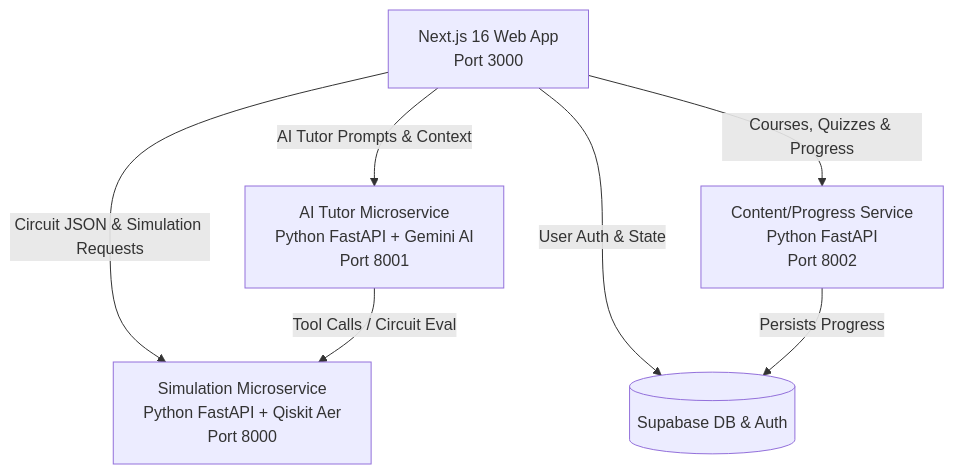
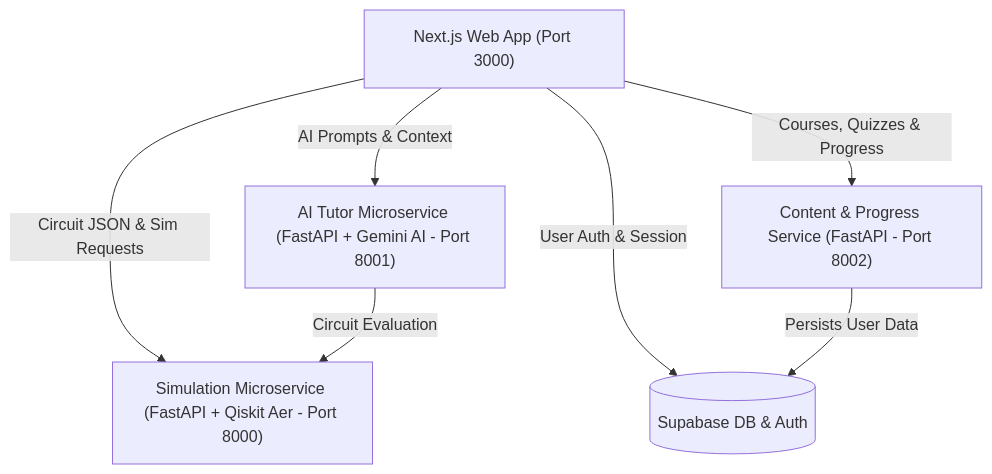
One commit to Rahul-i7/quantum-learning-platform changed the diagram in README.md. Above: the diagram before and after it, drawn with Mermaid. The commit also changed other lines of this file and 2 other files, not shown here.

````diff
--- a/README.md
+++ b/README.md
@@ -85,10 +85,10 @@
 ```mermaid
 graph TD
-    Client[Next.js 16 Web App<br/>Port 3000] -->|Circuit JSON & Simulation Requests| SimService[Simulation Microservice<br/>Python FastAPI + Qiskit Aer<br/>Port 8000]
-    Client -->|AI Tutor Prompts & Context| AITutor[AI Tutor Microservice<br/>Python FastAPI + Gemini AI<br/>Port 8001]
-    Client -->|Courses, Quizzes & Progress| ContentService[Content/Progress Service<br/>Python FastAPI<br/>Port 8002]
-    Client -->|User Auth & State| Supabase[(Supabase DB & Auth)]
+    Client["Next.js Web App (Port 3000)"] -->|"Circuit JSON & Sim Requests"| SimService["Simulation Microservice (FastAPI + Qiskit Aer - Port 8000)"]
+    Client -->|"AI Prompts & Context"| AITutor["AI Tutor Microservice (FastAPI + Gemini AI - Port 8001)"]
+    Client -->|"Courses, Quizzes & Progress"| ContentService["Content & Progress Service (FastAPI - Port 8002)"]
+    Client -->|"User Auth & Session"| Supabase[("Supabase DB & Auth")]
     
-    AITutor -->|Tool Calls / Circuit Eval| SimService
-    ContentService -->|Persists Progress| Supabase
+    AITutor -->|"Circuit Evaluation"| SimService
+    ContentService -->|"Persists User Data"| Supabase
 ```
````
